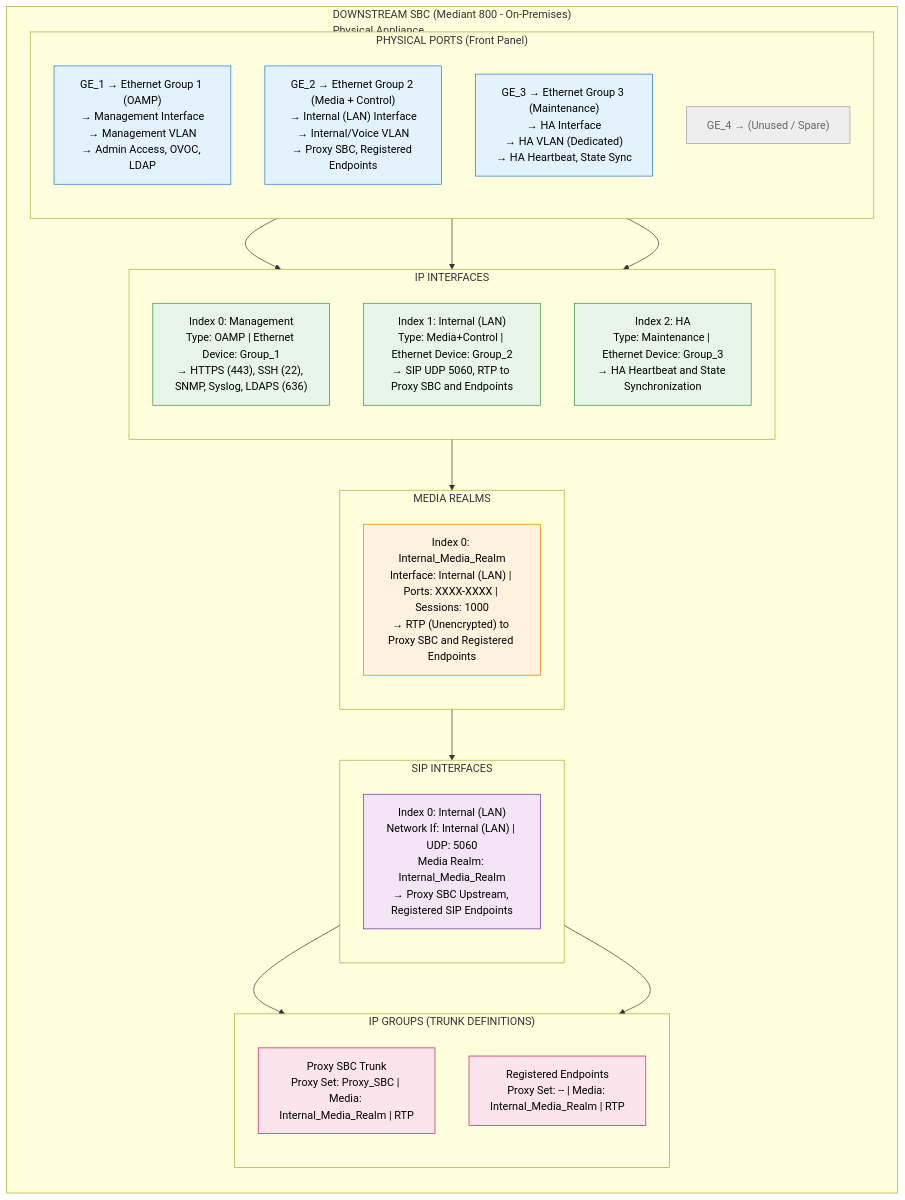
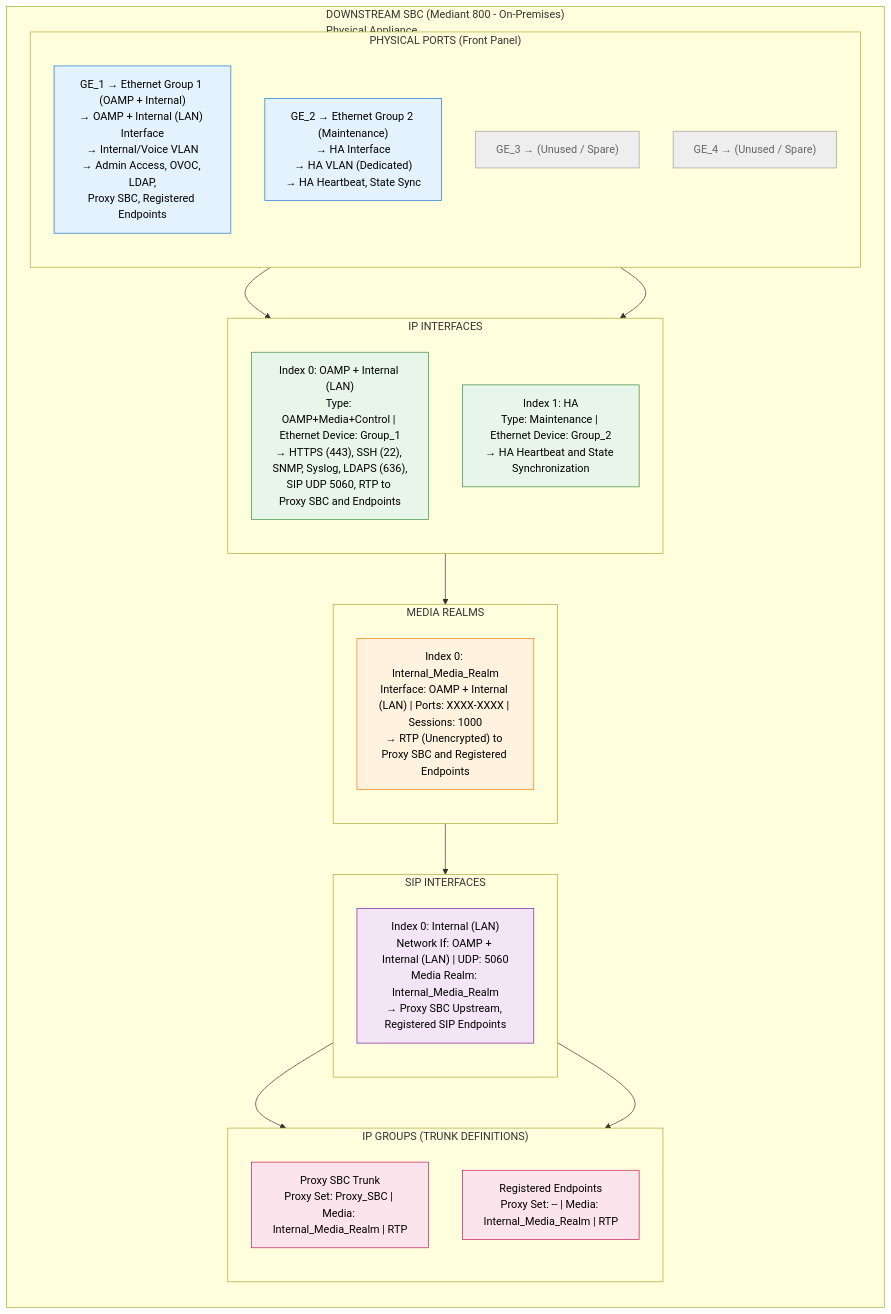
Before and after one commit to kevinsing999/public: diagram 19 of 26 in AudioCodes-AWS-Deployment-Guide.md, drawn with Mermaid. The commit also changed other lines of this file and 53 other files, not shown here.

First line of the commit message:
v2.0: Consolidate OAMP+LAN interfaces, reduce PSTN ports, add firewall docs

````diff
--- a/AudioCodes-AWS-Deployment-Guide.md
+++ b/AudioCodes-AWS-Deployment-Guide.md
@@ -3788,66 +3808,64 @@
 ```mermaid
 %%{init: {'theme': 'default'}}%%
 %% D.8.2 - Downstream SBC (On-Premises Mediant 800) - Complete Interface Architecture
 
 flowchart TB
     subgraph MainBox["DOWNSTREAM SBC (Mediant 800 - On-Premises)<br/>Physical Appliance"]
         direction TB
 
         subgraph PhysicalPorts["PHYSICAL PORTS (Front Panel)"]
             direction TB
-            GE1["GE_1 → Ethernet Group 1 (OAMP)<br/>→ Management Interface<br/>→ Management VLAN<br/>→ Admin Access, OVOC, LDAP"]
-            GE2["GE_2 → Ethernet Group 2 (Media + Control)<br/>→ Internal (LAN) Interface<br/>→ Internal/Voice VLAN<br/>→ Proxy SBC, Registered Endpoints"]
-            GE3["GE_3 → Ethernet Group 3 (Maintenance)<br/>→ HA Interface<br/>→ HA VLAN (Dedicated)<br/>→ HA Heartbeat, State Sync"]
+            GE1["GE_1 → Ethernet Group 1 (OAMP + Internal)<br/>→ OAMP + Internal (LAN) Interface<br/>→ Internal/Voice VLAN<br/>→ Admin Access, OVOC, LDAP,<br/>Proxy SBC, Registered Endpoints"]
+            GE2["GE_2 → Ethernet Group 2 (Maintenance)<br/>→ HA Interface<br/>→ HA VLAN (Dedicated)<br/>→ HA Heartbeat, State Sync"]
+            GE3["GE_3 → (Unused / Spare)"]
             GE4["GE_4 → (Unused / Spare)"]
         end
 
         subgraph IPInterfaces["IP INTERFACES"]
             direction TB
-            IP0["Index 0: Management<br/>Type: OAMP | Ethernet Device: Group_1<br/>→ HTTPS (443), SSH (22), SNMP, Syslog, LDAPS (636)"]
-            IP1["Index 1: Internal (LAN)<br/>Type: Media+Control | Ethernet Device: Group_2<br/>→ SIP UDP 5060, RTP to Proxy SBC and Endpoints"]
-            IP2["Index 2: HA<br/>Type: Maintenance | Ethernet Device: Group_3<br/>→ HA Heartbeat and State Synchronization"]
+            IP0["Index 0: OAMP + Internal (LAN)<br/>Type: OAMP+Media+Control | Ethernet Device: Group_1<br/>→ HTTPS (443), SSH (22), SNMP, Syslog, LDAPS (636),<br/>SIP UDP 5060, RTP to Proxy SBC and Endpoints"]
+            IP1["Index 1: HA<br/>Type: Maintenance | Ethernet Device: Group_2<br/>→ HA Heartbeat and State Synchronization"]
         end
 
         subgraph MediaRealms["MEDIA REALMS"]
             direction TB
-            MR0["Index 0: Internal_Media_Realm<br/>Interface: Internal (LAN) | Ports: XXXX-XXXX | Sessions: 1000<br/>→ RTP (Unencrypted) to Proxy SBC and Registered Endpoints"]
+            MR0["Index 0: Internal_Media_Realm<br/>Interface: OAMP + Internal (LAN) | Ports: XXXX-XXXX | Sessions: 1000<br/>→ RTP (Unencrypted) to Proxy SBC and Registered Endpoints"]
         end
 
         subgraph SIPInterfaces["SIP INTERFACES"]
             direction TB
-            SIP0["Index 0: Internal (LAN)<br/>Network If: Internal (LAN) | UDP: 5060<br/>Media Realm: Internal_Media_Realm<br/>→ Proxy SBC Upstream, Registered SIP Endpoints"]
+            SIP0["Index 0: Internal (LAN)<br/>Network If: OAMP + Internal (LAN) | UDP: 5060<br/>Media Realm: Internal_Media_Realm<br/>→ Proxy SBC Upstream, Registered SIP Endpoints"]
         end
 
         subgraph IPGroups["IP GROUPS (TRUNK DEFINITIONS)"]
             direction TB
             IPG1["Proxy SBC Trunk<br/>Proxy Set: Proxy_SBC | Media: Internal_Media_Realm | RTP"]
             IPG2["Registered Endpoints<br/>Proxy Set: -- | Media: Internal_Media_Realm | RTP"]
         end
     end
 
     %% Connections showing logical flow
     GE1 --> IP0
     GE2 --> IP1
-    GE3 --> IP2
 
-    IP1 --> MR0
+    IP0 --> MR0
     MR0 --> SIP0
     SIP0 --> IPG1
     SIP0 --> IPG2
 
     %% Styling
     classDef header fill:#ff9800,stroke:#e65100,color:#000,font-weight:bold
     classDef ports fill:#e3f2fd,stroke:#1976d2,color:#000
     classDef interfaces fill:#e8f5e9,stroke:#388e3c,color:#000
     classDef realms fill:#fff3e0,stroke:#f57c00,color:#000
     classDef sipif fill:#f3e5f5,stroke:#7b1fa2,color:#000
     classDef groups fill:#fce4ec,stroke:#c2185b,color:#000
     classDef unused fill:#eeeeee,stroke:#9e9e9e,color:#666
 
-    class GE1,GE2,GE3 ports
-    class GE4 unused
-    class IP0,IP1,IP2 interfaces
+    class GE1,GE2 ports
+    class GE3,GE4 unused
+    class IP0,IP1 interfaces
     class MR0 realms
     class SIP0 sipif
     class IPG1,IPG2 groups
 ```
````
